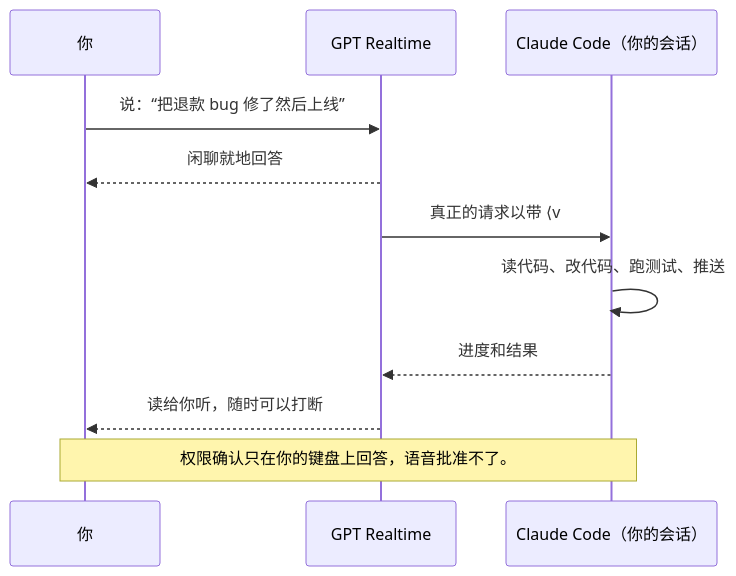
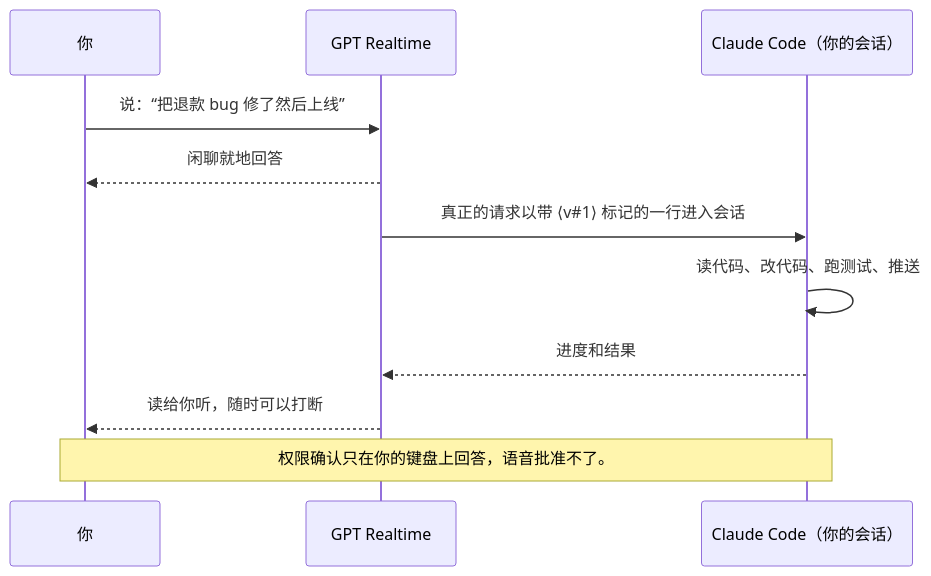
One commit to insta-fusion/bettercallgpt changed the diagram in README.zh-CN.md. Above: the diagram before and after it, drawn with Mermaid. The commit also changed 1 other file, not shown here.

Commit message:
README: keep the ⟨v#1⟩ tag intact in the call diagram

````diff
--- a/README.zh-CN.md
+++ b/README.zh-CN.md
@@ -31,13 +31,13 @@
 ```mermaid
 sequenceDiagram
     participant You as 你
     participant GPT as GPT Realtime
     participant CC as Claude Code（你的会话）
     You->>GPT: 说：“把退款 bug 修了然后上线”
     GPT-->>You: 闲聊就地回答
-    GPT->>CC: 真正的请求以带 ⟨v#1⟩ 标记的一行进入会话
+    GPT->>CC: 真正的请求以带 ⟨v#35;1⟩ 标记的一行进入会话
     CC->>CC: 读代码、改代码、跑测试、推送
     CC-->>GPT: 进度和结果
     GPT-->>You: 读给你听，随时可以打断
     Note over You,CC: 权限确认只在你的键盘上回答，语音批准不了。
 ```
````
